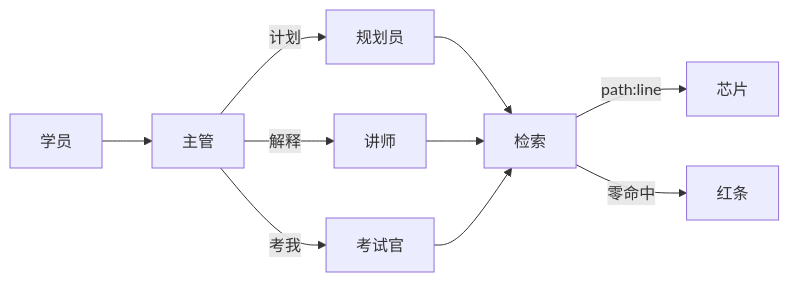
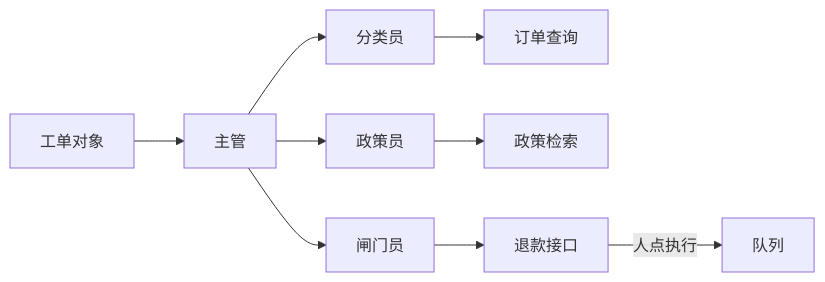
One commit to SabreKeyZ/agent-xuetang changed the first of 2 diagrams in README.md. Above: the diagram before and after it, drawn with Mermaid. The commit also changed other lines of this file and 193 other files, not shown here.

````diff
--- a/README.md
+++ b/README.md
@@ -106,12 +107,11 @@
 ```mermaid
 flowchart LR
-  学员 --> 主管
-  主管 -->|计划| 规划员
-  主管 -->|解释| 讲师
-  主管 -->|考我| 考试官
-  规划员 --> 检索
-  讲师 --> 检索
-  考试官 --> 检索
-  检索 -->|path:line| 芯片
-  检索 -->|零命中| 红条
+  工单对象 --> 主管
+  主管 --> 分类员
+  主管 --> 政策员
+  主管 --> 闸门员
+  分类员 --> 订单查询
+  政策员 --> 政策检索
+  闸门员 --> 退款接口
+  退款接口 -->|人点执行| 队列
 ```
````
